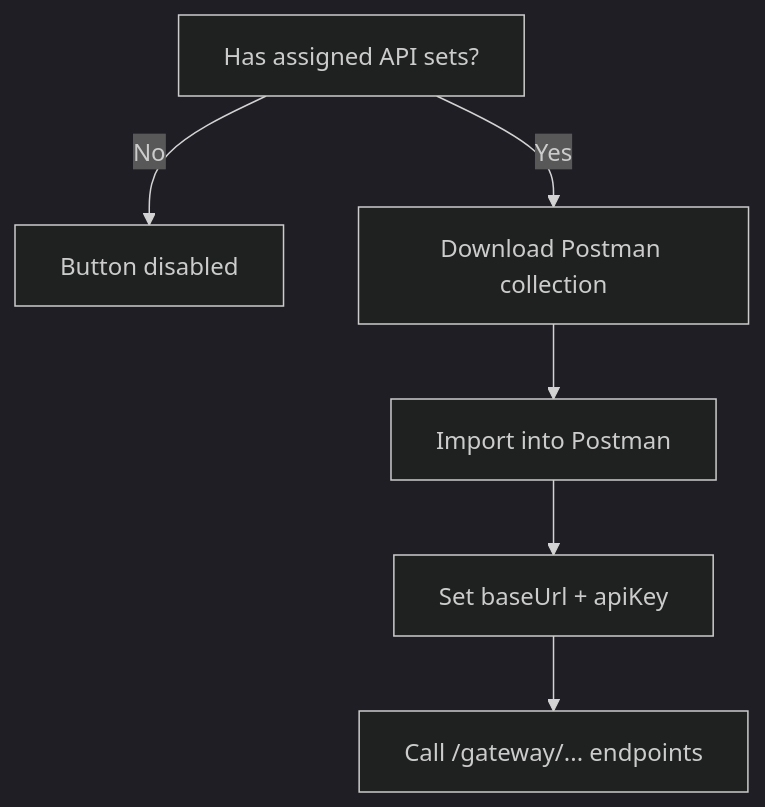
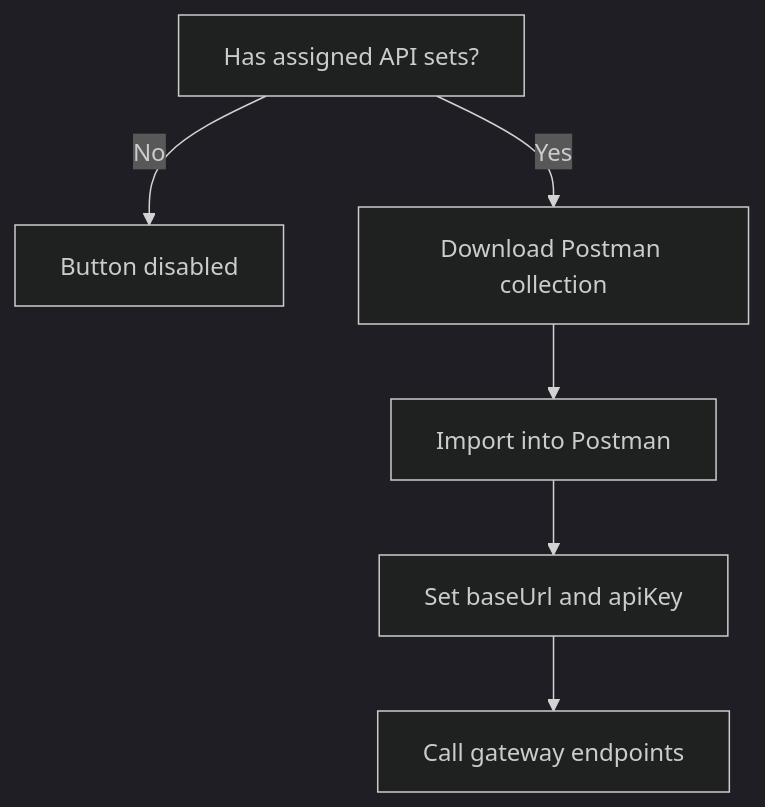
Before and after one commit to hr-sargazi/temp-md-server: diagram 16 of 17 in USER_JOURNEY.md, drawn with Mermaid (dark theme). The commit also changed other lines of this file, not shown here.

````diff
--- a/USER_JOURNEY.md
+++ b/USER_JOURNEY.md
@@ -481,8 +483,8 @@
 ```mermaid
 flowchart TD
-  A[Has assigned API sets?] -->|No| B[Button disabled]
-  A -->|Yes| C[Download Postman collection]
-  C --> D[Import into Postman]
-  D --> E[Set baseUrl + apiKey]
-  E --> F[Call /gateway/... endpoints]
+  A["Has assigned API sets?"] -->|No| B["Button disabled"]
+  A -->|Yes| C["Download Postman collection"]
+  C --> D["Import into Postman"]
+  D --> E["Set baseUrl and apiKey"]
+  E --> F["Call gateway endpoints"]
 ```
````
